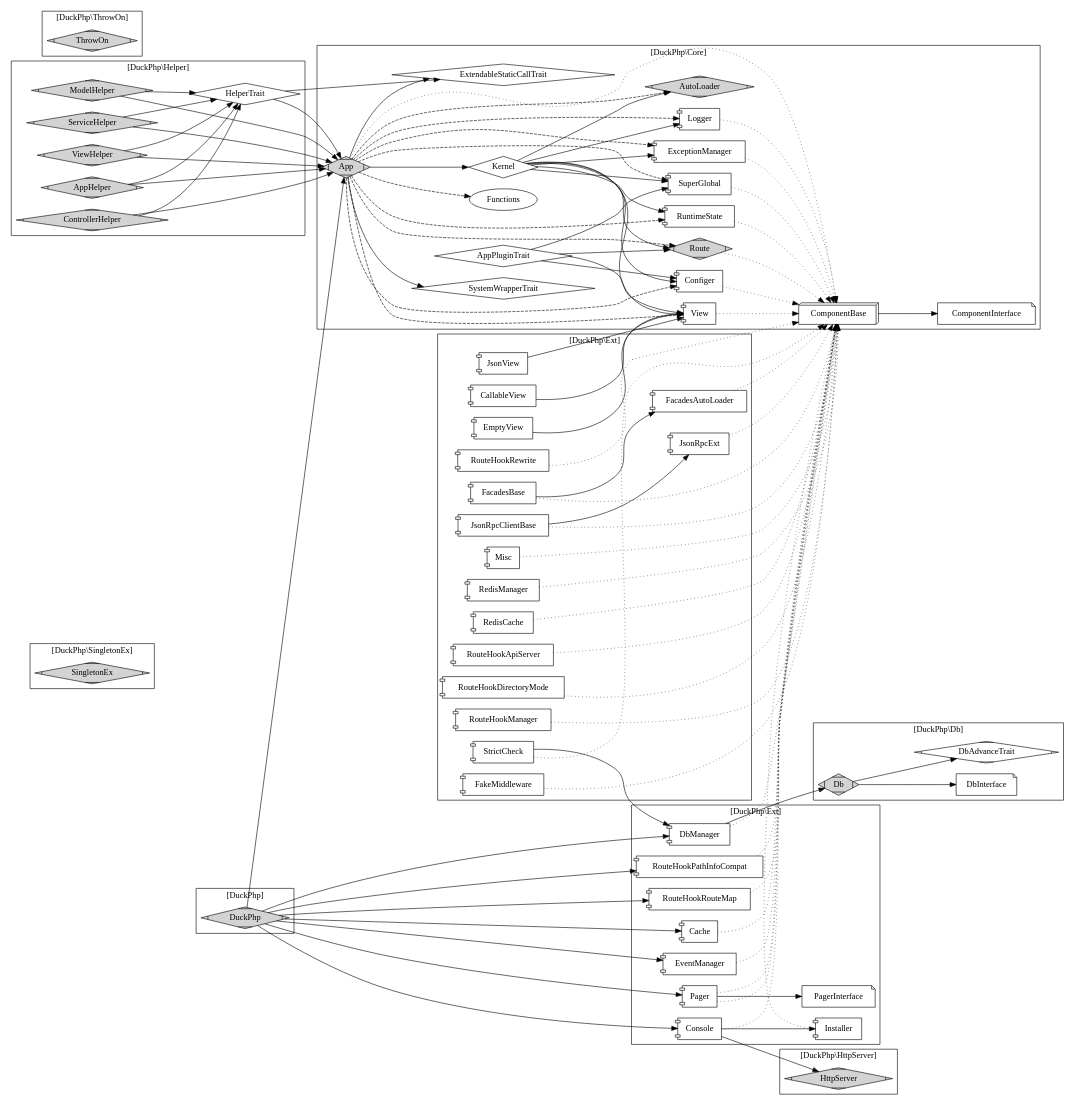
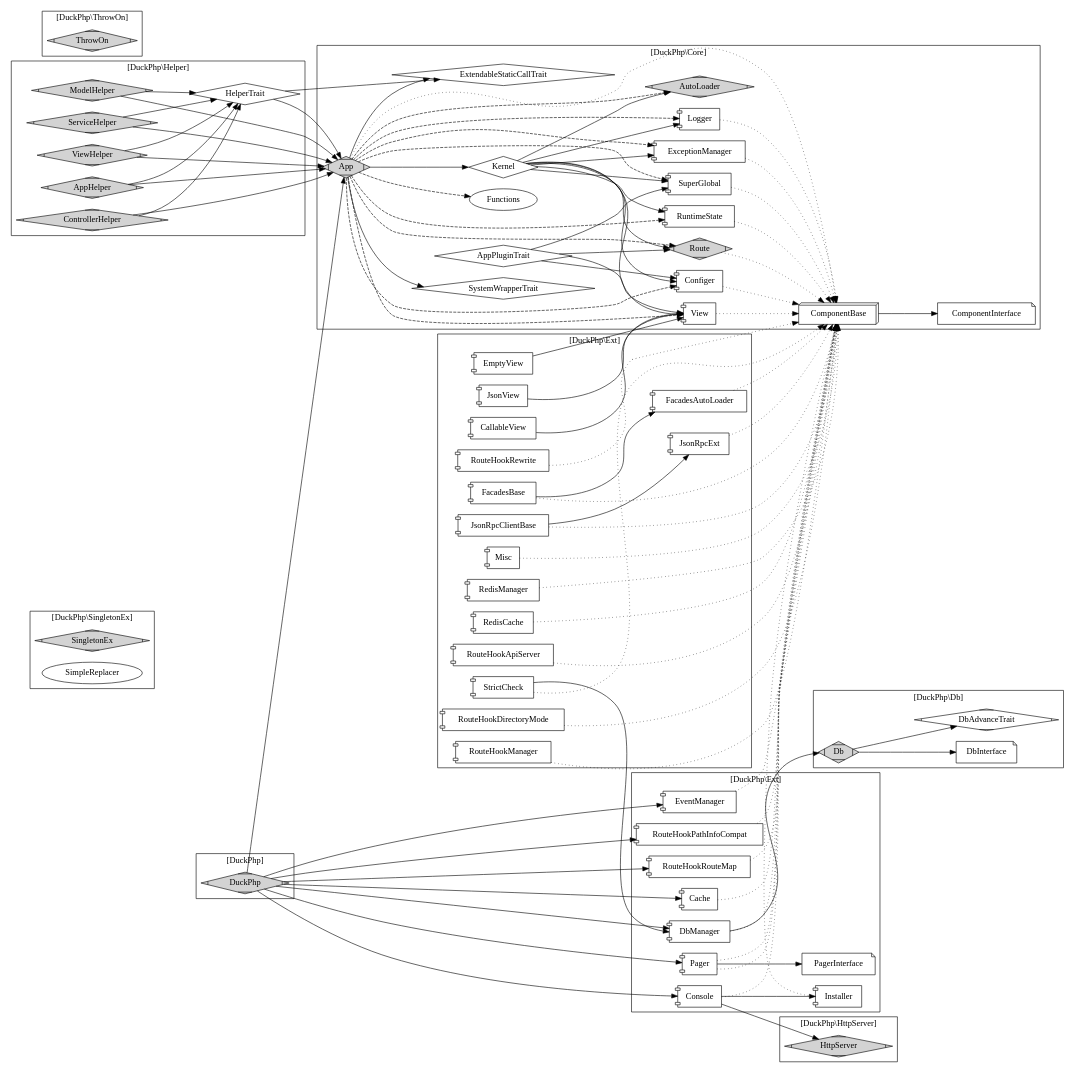
Before and after one commit to dvaknheo/duckphp: the diagram in doc/duckphp.gv, drawn with Graphviz. The commit also changed 4 other files, not shown here.

```diff
--- a/doc/duckphp.gv
+++ b/doc/duckphp.gv
@@ -6,6 +6,7 @@
     label = "[DuckPhp\\SingletonEx]";
 
     SingletonEx [label="SingletonEx";shape=Mdiamond;style=filled];
+    SimpleReplacer [label="SimpleReplacer"];
 }
 
 subgraph cluster_Core {
@@ -154,7 +155,6 @@
     EmptyView[shape="component"];
     FacadesAutoLoader[shape="component"];
     FacadesBase [shape="component"];
-    FakeMiddleware [shape="component"];
     JsonRpcClientBase [shape="component"];
     JsonRpcExt[shape="component"];
     JsonView[shape="component"];
@@ -168,7 +168,6 @@
     StrictCheck[shape="component"];
 
     FacadesAutoLoader -> Core_ComponentBase [style="dotted"];
-    FakeMiddleware -> Core_ComponentBase [style="dotted"];
     JsonRpcExt -> Core_ComponentBase [style="dotted"];
     Misc -> Core_ComponentBase [style="dotted"];
     Pager -> Core_ComponentBase [style="dotted"];
```
